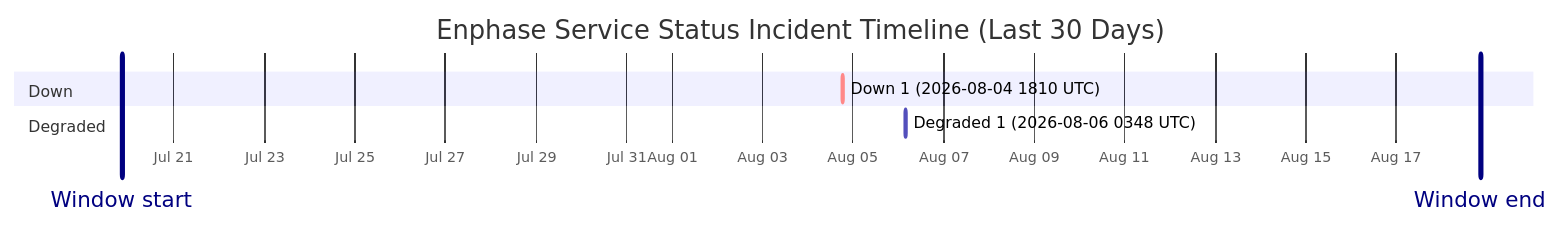
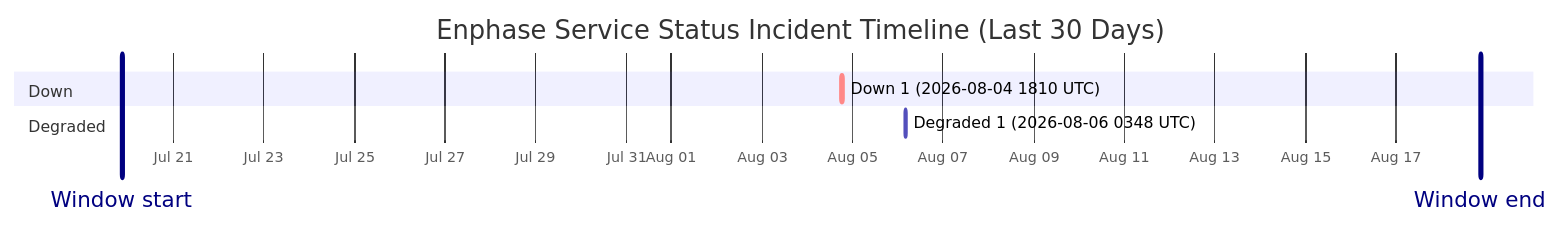
One commit to barneyonline/ha-enphase-energy changed the diagram in wiki/Service-Status-History.md. Above: the diagram before and after it, drawn with Mermaid. The commit also changed other lines of this file and 3 other files, not shown here.

````diff
--- a/wiki/Service-Status-History.md
+++ b/wiki/Service-Status-History.md
@@ -14,12 +14,12 @@
 ```mermaid
 gantt
     title Enphase Service Status Incident Timeline (Last 30 Days)
     dateFormat  YYYY-MM-DDTHH:mm:ss
     axisFormat  %b %d
-    Window start :vert, window-start, 2026-07-19T20:20:45, 0ms
-    Window end :vert, window-end, 2026-08-18T20:20:45, 0ms
+    Window start :vert, window-start, 2026-07-19T20:49:02, 0ms
+    Window end :vert, window-end, 2026-08-18T20:49:02, 0ms
     section Down
     Down 1 (2026-08-04 1810 UTC) :crit, down-1, 2026-08-04T18:10:46, 60m
     section Degraded
     Degraded 1 (2026-08-06 0348 UTC) :active, degraded-1, 2026-08-06T03:48:14, 60m
 ```
````
